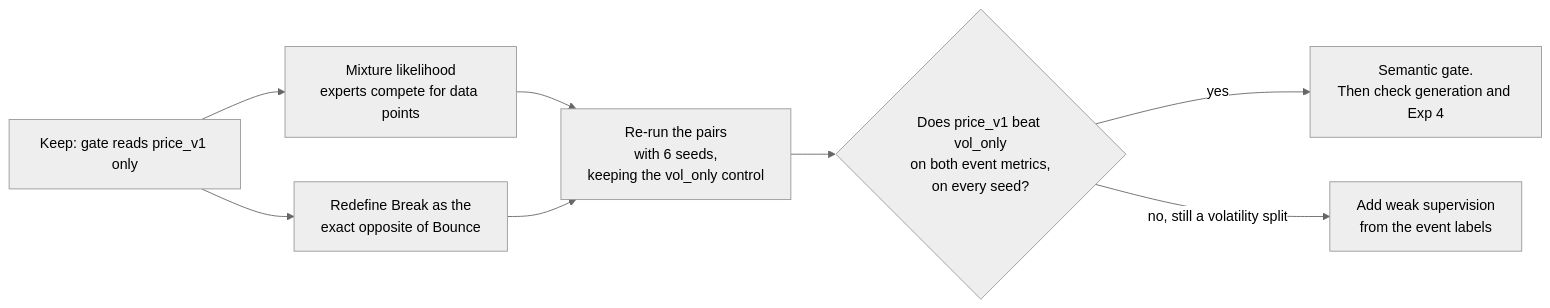
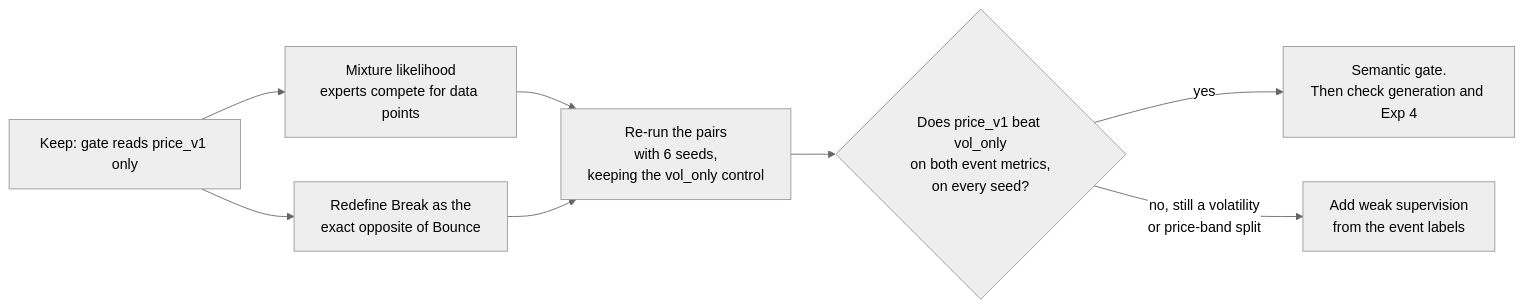
Diagram 23 of 23 in study/summary.md (Daniel3178/fibo-agent-platform), drawn with Mermaid (neutral theme) before and after one commit. The commit also changed other lines of this file and 10 other files, not shown here.

````diff
--- a/study/summary.md
+++ b/study/summary.md
@@ -922,10 +1141,10 @@
 ```mermaid
 flowchart LR
     A["Keep: gate reads price_v1 only"] --> B["Mixture likelihood<br/>experts compete for data points"]
     A --> C["Redefine Break as the<br/>exact opposite of Bounce"]
     B --> D["Re-run the pairs<br/>with 6 seeds,<br/>keeping the vol_only control"]
     C --> D
     D --> E{"Does price_v1 beat vol_only<br/>on both event metrics,<br/>on every seed?"}
     E -->|yes| F["Semantic gate.<br/>Then check generation and Exp 4"]
-    E -->|"no, still a volatility split"| G["Add weak supervision<br/>from the event labels"]
+    E -->|"no, still a volatility<br/>or price-band split"| G["Add weak supervision<br/>from the event labels"]
 ```
````
